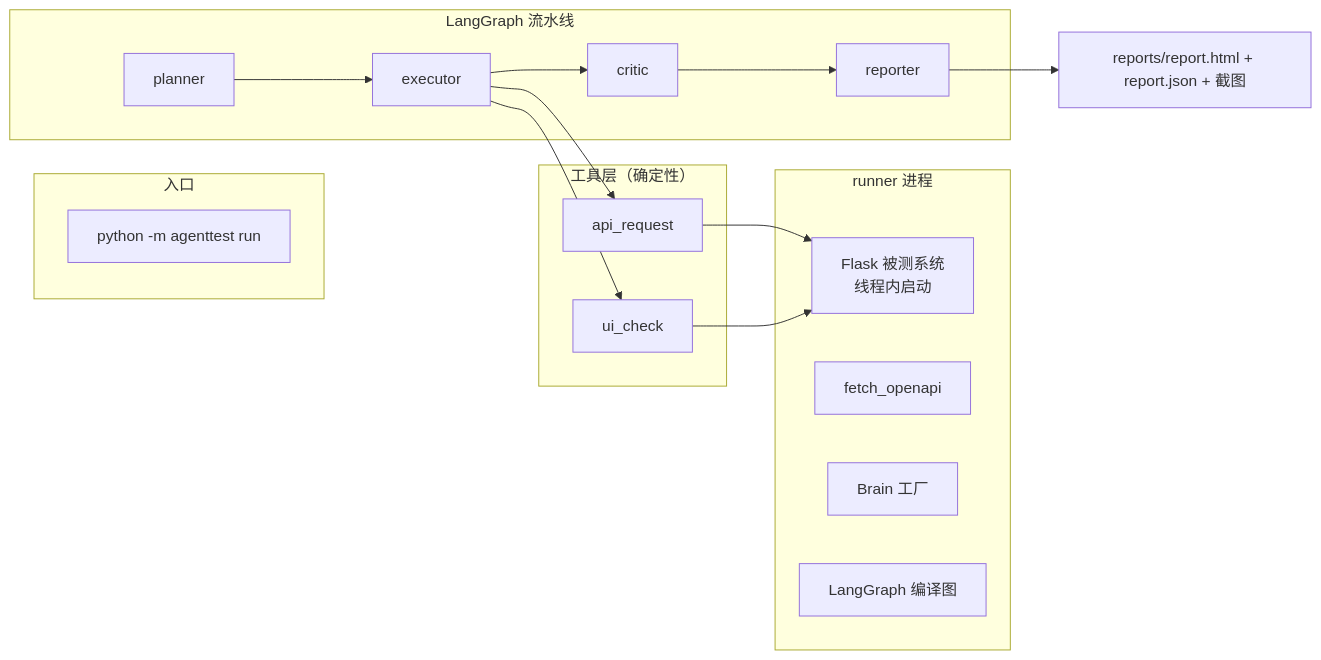
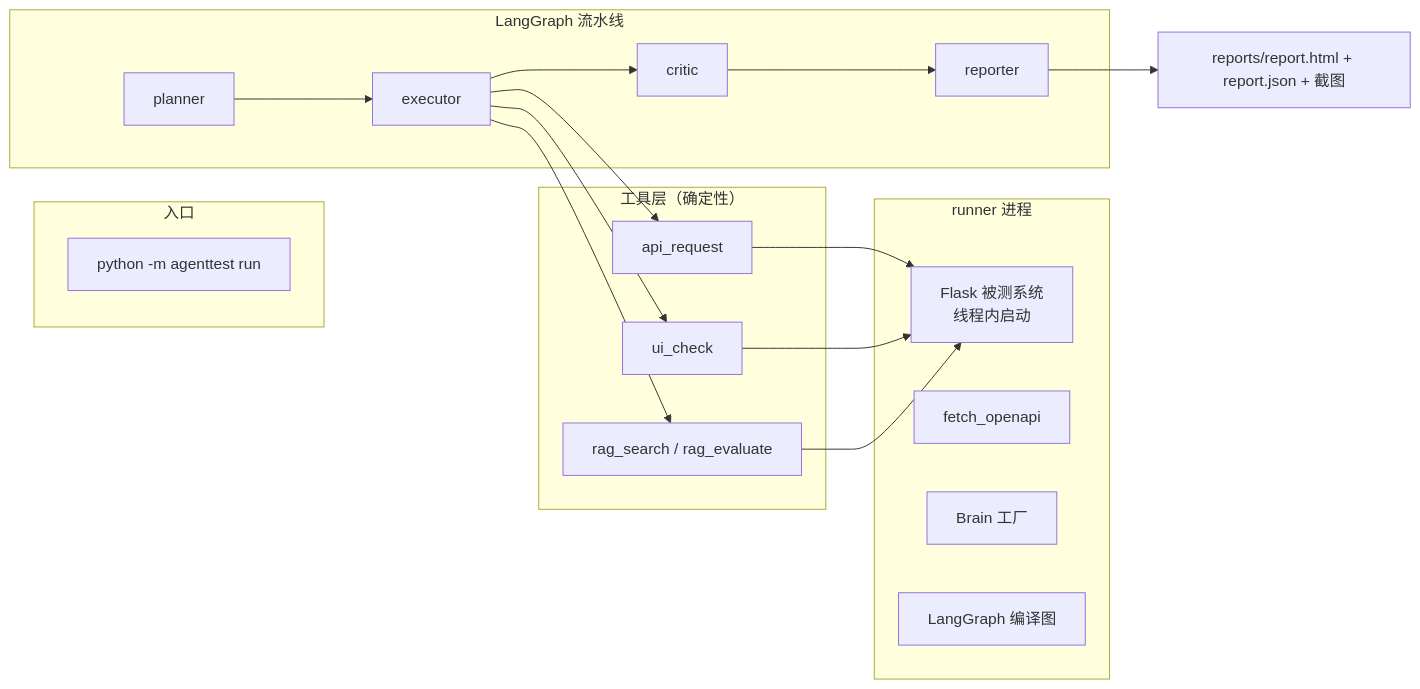
One commit to lefan17/agent-test-hub changed the diagram in docs/架构.md. Above: the diagram before and after it, drawn with Mermaid. The commit also changed other lines of this file and 19 other files, not shown here.

````diff
--- a/docs/架构.md
+++ b/docs/架构.md
@@ -5,22 +5,24 @@
 ```mermaid
 flowchart LR
     subgraph 入口
       CLI[python -m agenttest run]
     end
     subgraph runner[runner 进程]
       SUT[Flask 被测系统<br/>线程内启动]
       SPEC[fetch_openapi]
       BRAIN[Brain 工厂]
       GRAPH[LangGraph 编译图]
     end
     subgraph graph[LangGraph 流水线]
       P[planner] --> E[executor] --> C[critic] --> R[reporter]
     end
     subgraph tools[工具层（确定性）]
       T1[api_request]
       T2[ui_check]
+      T3[rag_search / rag_evaluate]
     end
     E --> T1 --> SUT
     E --> T2 --> SUT
+    E --> T3 --> SUT
     R --> OUT[reports/report.html + report.json + 截图]
 ```
````
